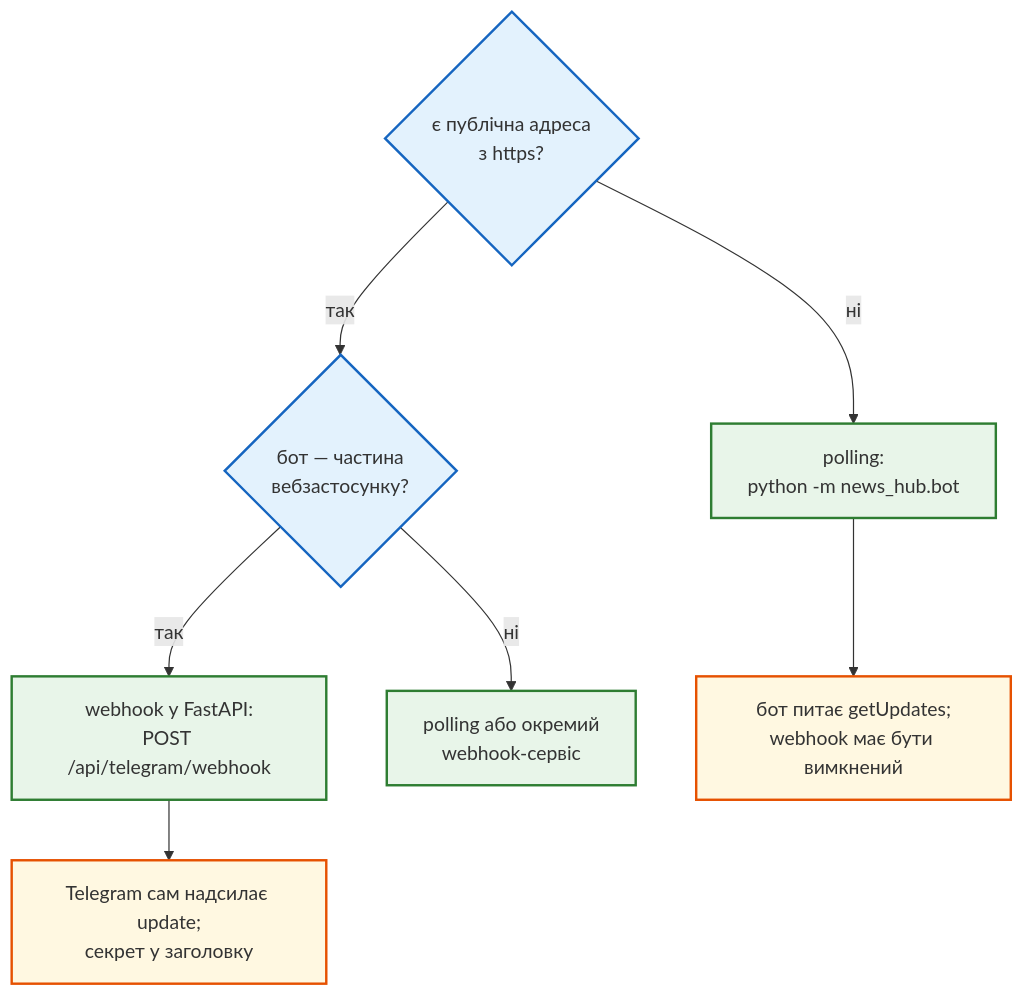
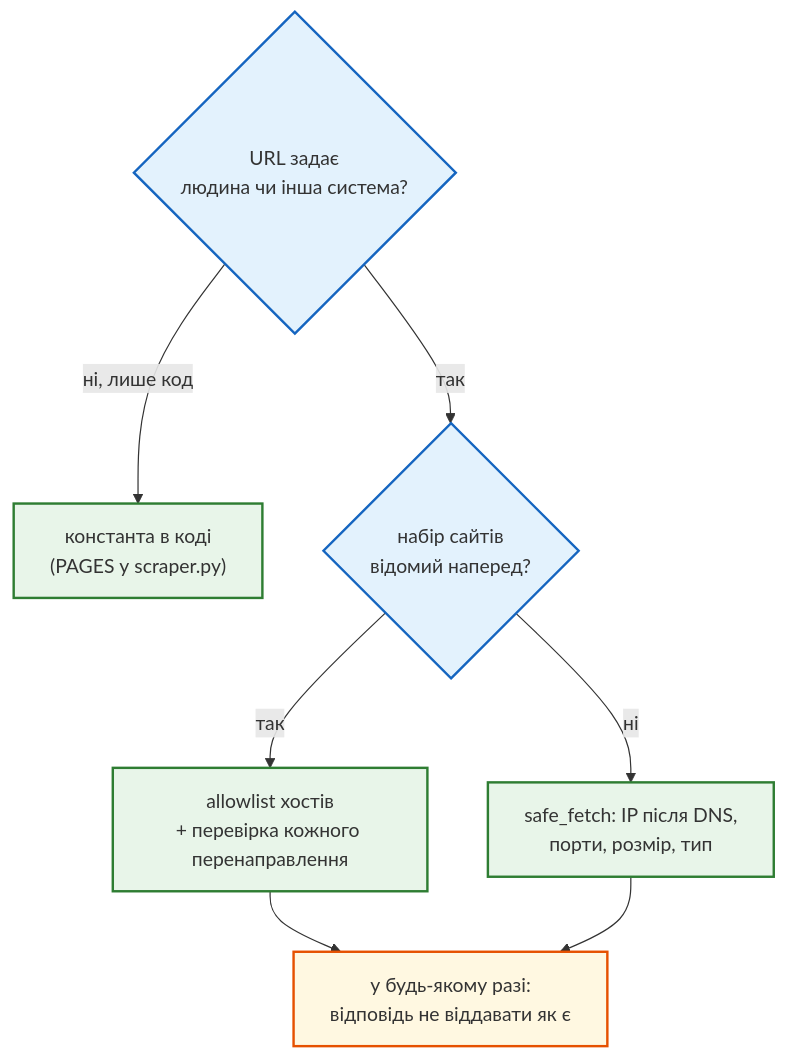
One commit to AlinaRadchenko/PY-Course-Victor-Nikoriak-22-09-2026 changed the third of 5 diagrams in docs/modules/m4/lesson_47.md. Above: the diagram before and after it, drawn with Mermaid. The commit also changed other lines of this file and 1846 other files, not shown here.

````diff
--- a/docs/modules/m4/lesson_47.md
+++ b/docs/modules/m4/lesson_47.md
@@ -334,19 +387,19 @@
 ```mermaid
 flowchart TD
     classDef step     fill:#eceff1,stroke:#546e7a,stroke-width:1px;
     classDef decision fill:#e3f2fd,stroke:#1565c0,stroke-width:2px;
     classDef success  fill:#e8f5e9,stroke:#2e7d32,stroke-width:2px;
     classDef error    fill:#ffebee,stroke:#c62828,stroke-width:3px;
     classDef warning  fill:#fff8e1,stroke:#e65100,stroke-width:2px;
 
-    Q1{"є публічна адреса<br>з https?"} -- ні --> P["polling:<br>python -m news_hub.bot"]
-    Q1 -- так --> Q2{"бот — частина<br>вебзастосунку?"}
-    Q2 -- так --> W["webhook у FastAPI:<br>POST /api/telegram/webhook"]
-    Q2 -- ні --> P2["polling або окремий<br>webhook-сервіс"]
-    P --> N1["бот питає getUpdates;<br>webhook має бути вимкнений"]
-    W --> N2["Telegram сам надсилає update;<br>секрет у заголовку"]
+    Q1{"URL задає<br>людина чи інша система?"} -- ні, лише код --> A1["константа в коді<br>(PAGES у scraper.py)"]
+    Q1 -- так --> Q2{"набір сайтів<br>відомий наперед?"}
+    Q2 -- так --> A2["allowlist хостів<br>+ перевірка кожного перенаправлення"]
+    Q2 -- ні --> A3["safe_fetch: IP після DNS,<br>порти, розмір, тип"]
+    A2 --> W["у будь-якому разі:<br>відповідь не віддавати як є"]
+    A3 --> W
 
     class Q1,Q2 decision
-    class P,P2,W success
-    class N1,N2 warning
+    class A1,A2,A3 success
+    class W warning
 ```
````
